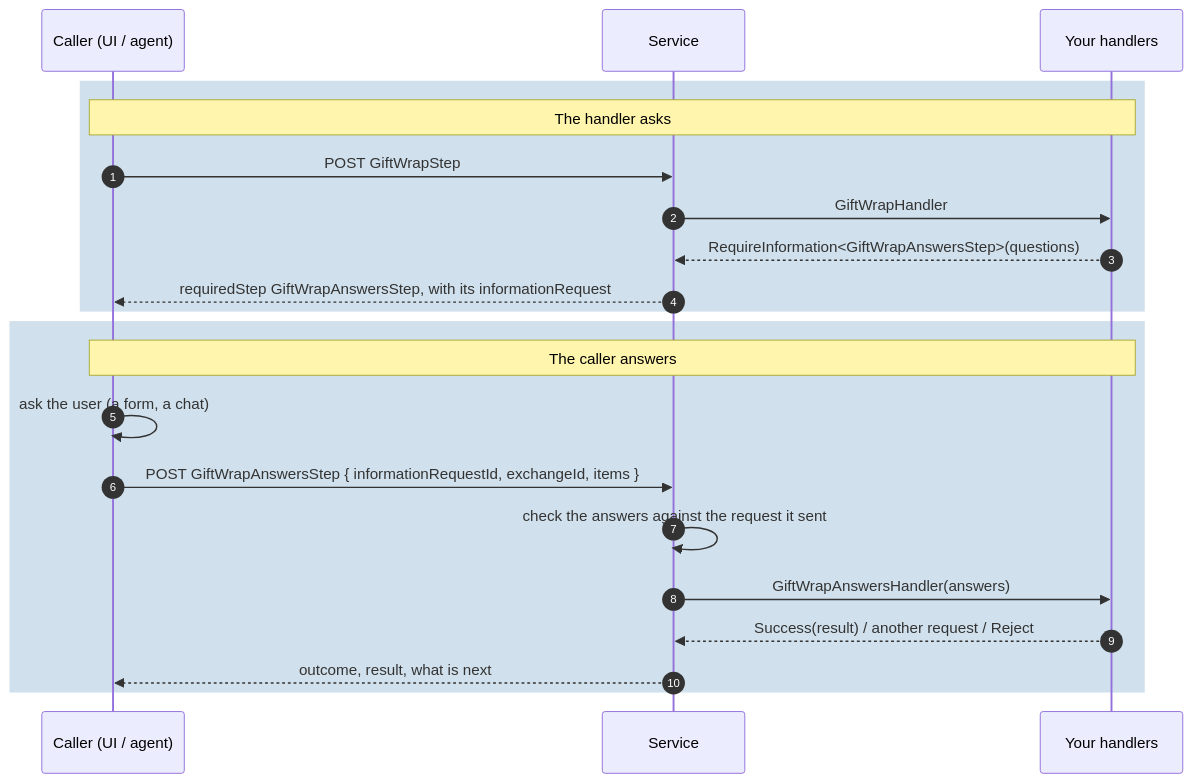
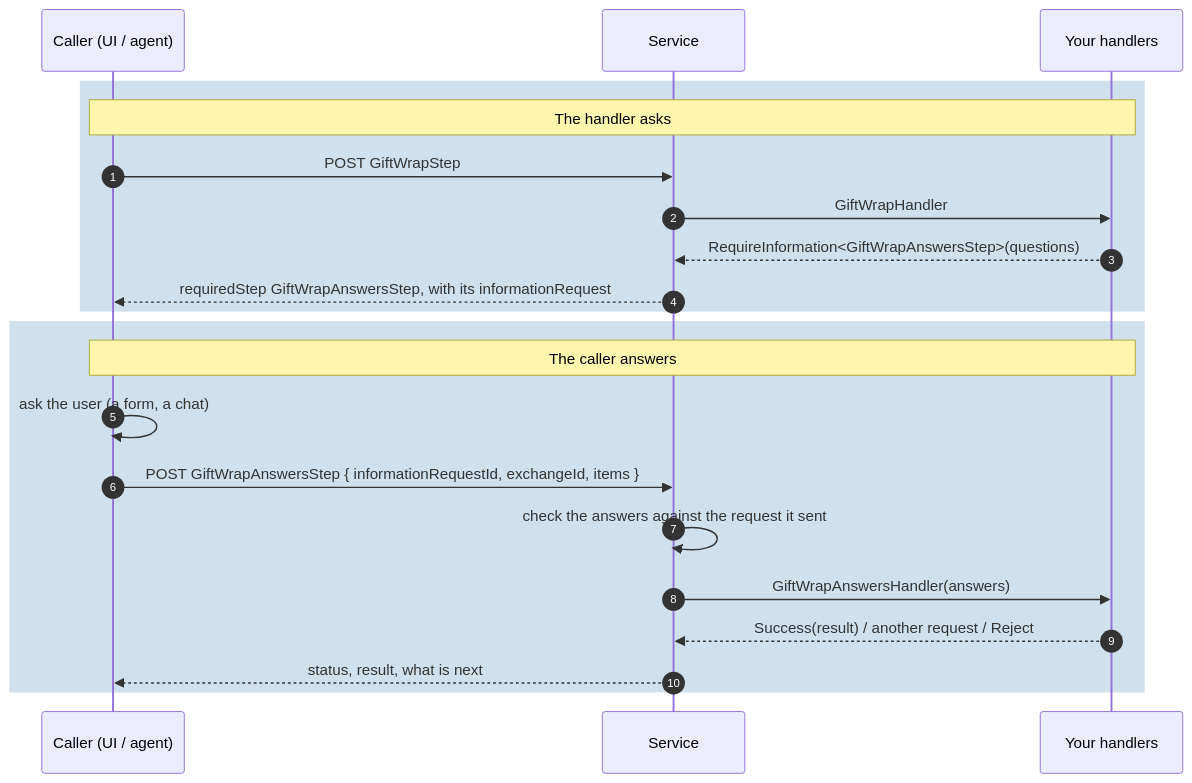
The diagram in docs/guide/information-requests.md (no1ross/Kaleido), drawn with Mermaid before and after one commit. The commit also changed other lines of this file and 41 other files, not shown here.

````diff
--- a/docs/guide/information-requests.md
+++ b/docs/guide/information-requests.md
@@ -10,25 +10,25 @@
 ```mermaid
 sequenceDiagram
     autonumber
     participant C as Caller (UI / agent)
     participant S as Service
     participant H as Your handlers
 
     rect rgba(70, 130, 180, 0.25)
         Note over C,H: The handler asks
         C->>S: POST GiftWrapStep
         S->>H: GiftWrapHandler
         H-->>S: RequireInformation<GiftWrapAnswersStep>(questions)
         S-->>C: requiredStep GiftWrapAnswersStep, with its informationRequest
     end
 
     rect rgba(70, 130, 180, 0.25)
         Note over C,H: The caller answers
         C->>C: ask the user (a form, a chat)
         C->>S: POST GiftWrapAnswersStep { informationRequestId, exchangeId, items }
         S->>S: check the answers against the request it sent
         S->>H: GiftWrapAnswersHandler(answers)
         H-->>S: Success(result) / another request / Reject
-        S-->>C: outcome, result, what is next
+        S-->>C: status, result, what is next
     end
 ```
````
